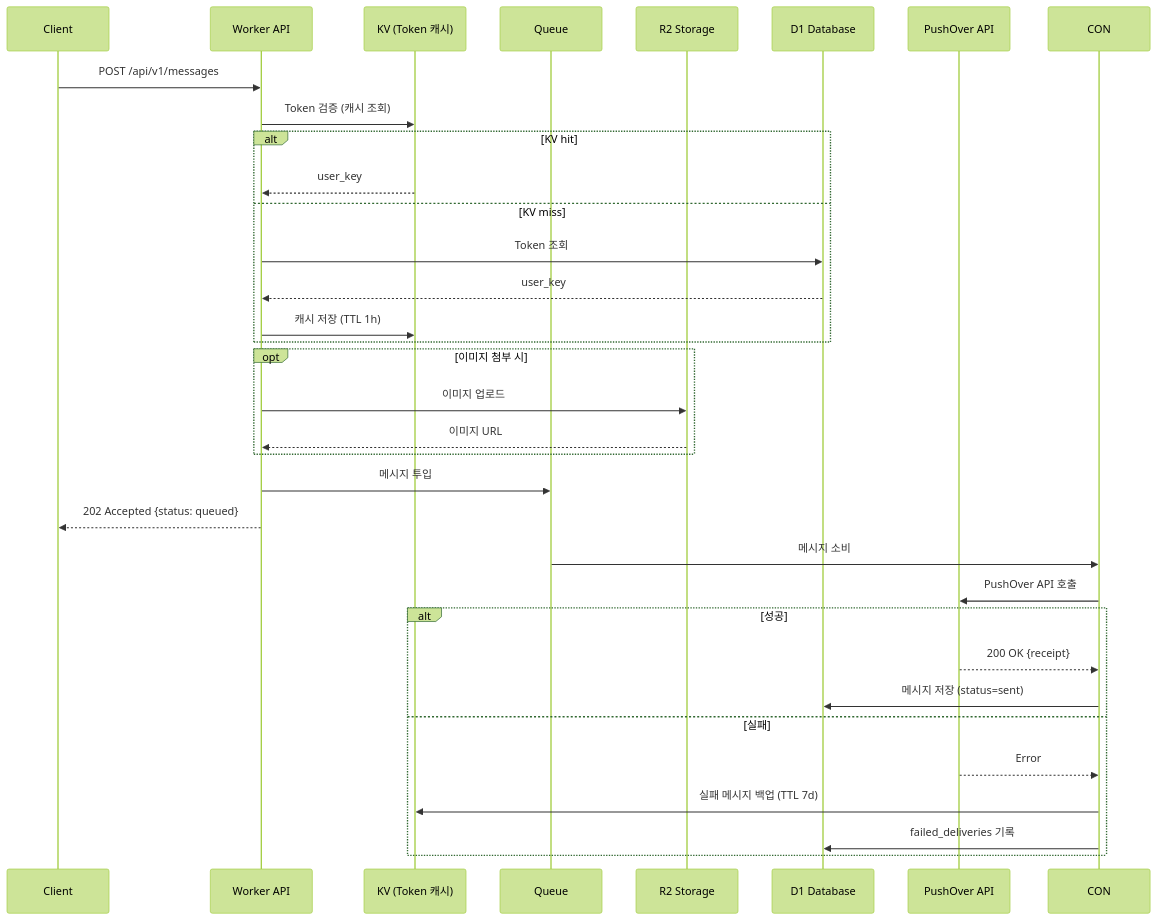
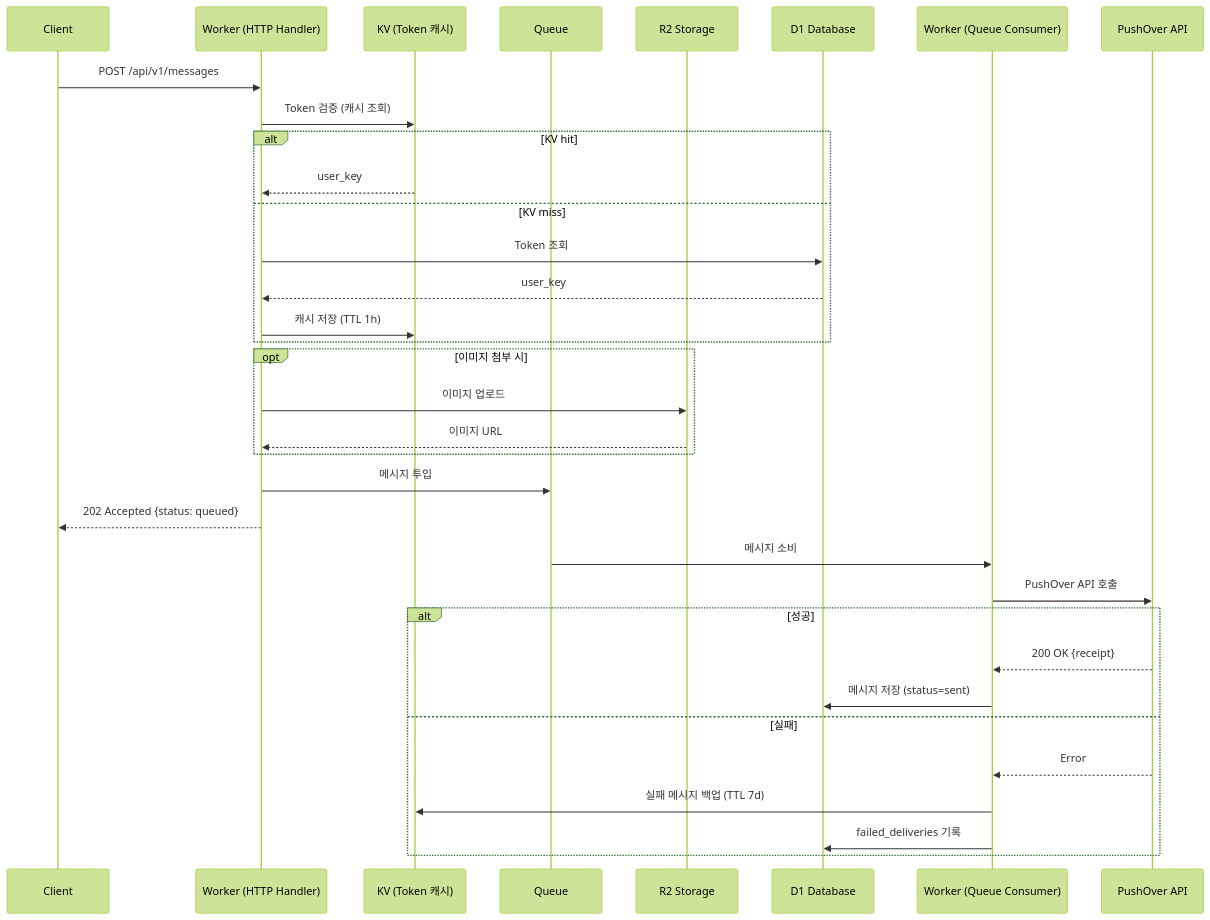
One commit to deuxksy/PushOver changed the second of 6 diagrams in README.md. Above: the diagram before and after it, drawn with Mermaid (forest theme). The commit also changed other lines of this file, not shown here.

First line of the commit message:
docs: 아키텍처 다이어그램 갱신

````diff
--- a/README.md
+++ b/README.md
@@ -70,37 +74,38 @@
 ```mermaid
 sequenceDiagram
     participant C as Client
-    participant W as Worker API
+    participant W as Worker (HTTP Handler)
     participant KV as KV (Token 캐시)
     participant Q as Queue
     participant R2 as R2 Storage
     participant D1 as D1 Database
+    participant CON as Worker (Queue Consumer)
     participant PO as PushOver API
 
     C->>W: POST /api/v1/messages
     W->>KV: Token 검증 (캐시 조회)
     alt KV hit
         KV-->>W: user_key
     else KV miss
         W->>D1: Token 조회
         D1-->>W: user_key
         W->>KV: 캐시 저장 (TTL 1h)
     end
     opt 이미지 첨부 시
         W->>R2: 이미지 업로드
         R2-->>W: 이미지 URL
     end
     W->>Q: 메시지 투입
     W-->>C: 202 Accepted {status: queued}
 
     Q->>CON: 메시지 소비
     CON->>PO: PushOver API 호출
     alt 성공
         PO-->>CON: 200 OK {receipt}
         CON->>D1: 메시지 저장 (status=sent)
     else 실패
         PO-->>CON: Error
         CON->>KV: 실패 메시지 백업 (TTL 7d)
         CON->>D1: failed_deliveries 기록
     end
 ```
````
